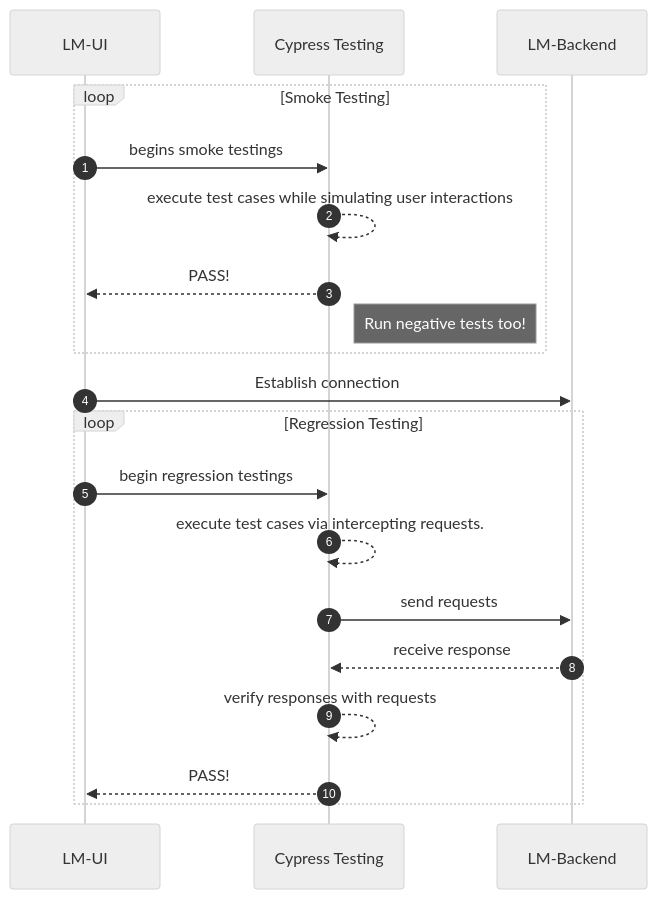
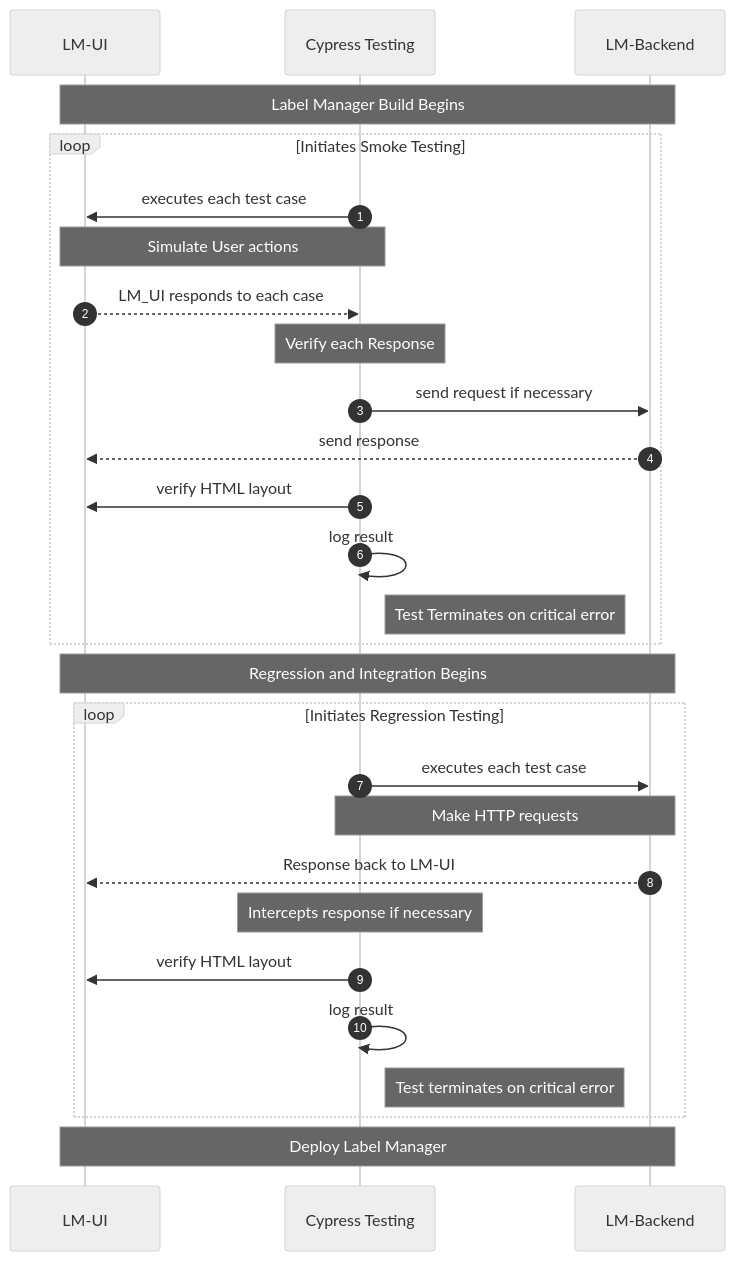
One commit to yongjohnlee80/techday20220922_Mermaid changed the first of 3 diagrams in README.md. Above: the diagram before and after it, drawn with Mermaid (neutral theme). The commit also changed other lines of this file, not shown here.

````diff
--- a/README.md
+++ b/README.md
@@ -23,23 +24,36 @@
 ```mermaid
 sequenceDiagram
     autonumber
-    loop Smoke Testing
-        LM-UI->>Cypress Testing: begins smoke testings
-        Cypress Testing-->>Cypress Testing: execute test cases while simulating user interactions
-        Cypress Testing-->>LM-UI: PASS!
-        Note right of Cypress Testing: Run negative tests too!
+    participant A as LM-UI
+    participant B as Cypress Testing
+    participant C as LM-Backend
+
+    Note over A, C: Label Manager Build Begins
+
+    loop Initiates Smoke Testing
+        B->>A: executes each test case
+        Note over A,B: Simulate User actions
+        A-->>B: LM_UI responds to each case
+        Note over B: Verify each Response
+        B->>C: send request if necessary
+        C-->>A: send response
+        B->>A: verify HTML layout
+        B->>B: log result
+        Note right of B: Test Terminates on critical error
     end
 
-        LM-UI->>LM-Backend: Establish connection
+        Note over A, C: Regression and Integration Begins
 
-    loop Regression Testing
-        LM-UI ->> Cypress Testing: begin regression testings
-        Cypress Testing -->> Cypress Testing: execute test cases via intercepting requests.
-
-        Cypress Testing->>LM-Backend: send requests
-        LM-Backend-->>Cypress Testing: receive response
-        Cypress Testing -->> Cypress Testing: verify responses with requests
-        Cypress Testing-->>LM-UI: PASS!
+    loop Initiates Regression Testing
+        B->>C: executes each test case
+        Note over B,C: Make HTTP requests
+        C-->>A: Response back to LM-UI
+        Note over B: Intercepts response if necessary
+        B->>A: verify HTML layout
+        B->>B: log result
+        Note right of B: Test terminates on critical error
     end
 
+    Note over A, C: Deploy Label Manager
+
 ```
````
